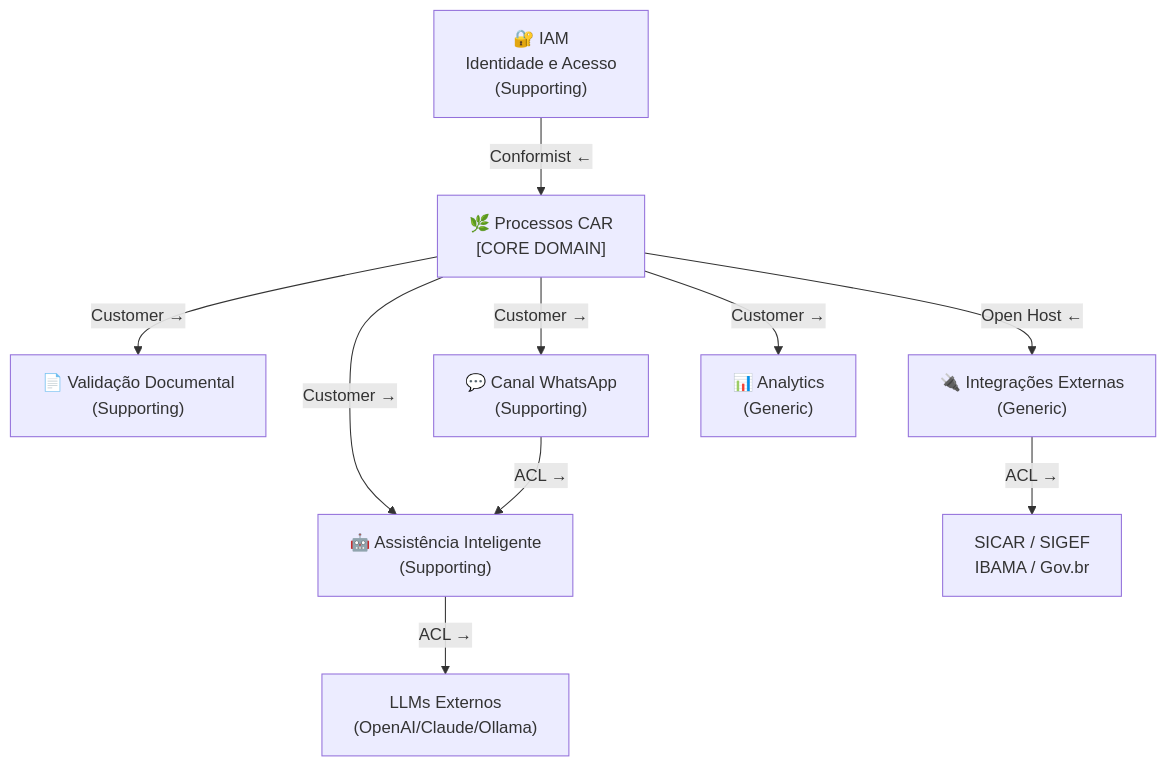
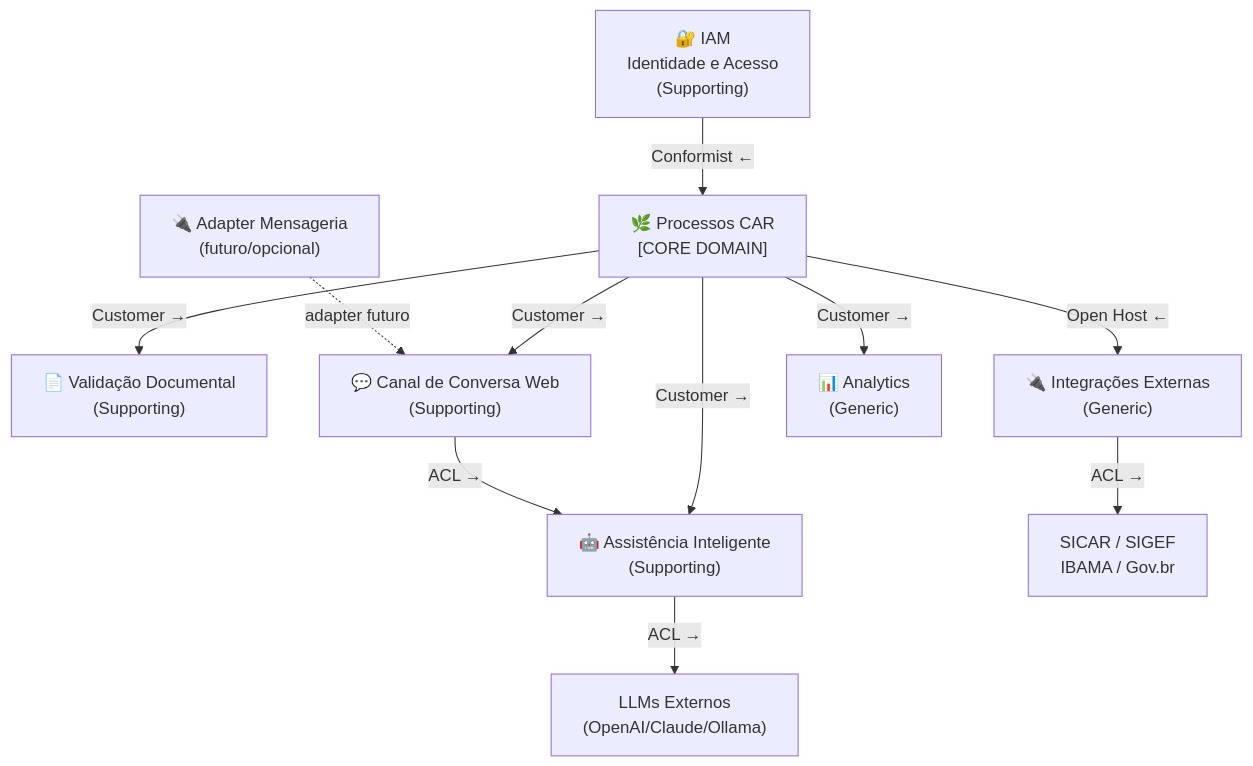
One commit to gresas/carla-cadastro-rural changed the diagram in website/docs/dominio/bounded-contexts.md. Above: the diagram before and after it, drawn with Mermaid. The commit also changed other lines of this file and 32 other files, not shown here.

First line of the commit message:
docs: atualizar paradigma do canal WhatsApp → interface web própria

````diff
--- a/website/docs/dominio/bounded-contexts.md
+++ b/website/docs/dominio/bounded-contexts.md
@@ -16,20 +16,22 @@
 ```mermaid
 graph TB
     IAM["🔐 IAM\nIdentidade e Acesso\n(Supporting)"]
     PROC["🌿 Processos CAR\n[CORE DOMAIN]"]
     VAL["📄 Validação Documental\n(Supporting)"]
-    WPP["💬 Canal WhatsApp\n(Supporting)"]
+    CANAL["💬 Canal de Conversa Web\n(Supporting)"]
     AI["🤖 Assistência Inteligente\n(Supporting)"]
     INT["🔌 Integrações Externas\n(Generic)"]
     ANA["📊 Analytics\n(Generic)"]
+    ADAPTER["🔌 Adapter Mensageria\n(futuro/opcional)"]
 
     IAM -- "Conformist ←" --> PROC
     PROC -- "Customer →" --> VAL
     PROC -- "Customer →" --> AI
-    PROC -- "Customer →" --> WPP
+    PROC -- "Customer →" --> CANAL
     PROC -- "Open Host ←" --> INT
     PROC -- "Customer →" --> ANA
-    WPP -- "ACL →" --> AI
+    CANAL -- "ACL →" --> AI
+    ADAPTER -. "adapter futuro" .-> CANAL
     AI -- "ACL →" --> EXT["LLMs Externos\n(OpenAI/Claude/Ollama)"]
     INT -- "ACL →" --> SYS["SICAR / SIGEF\nIBAMA / Gov.br"]
 ```
````
